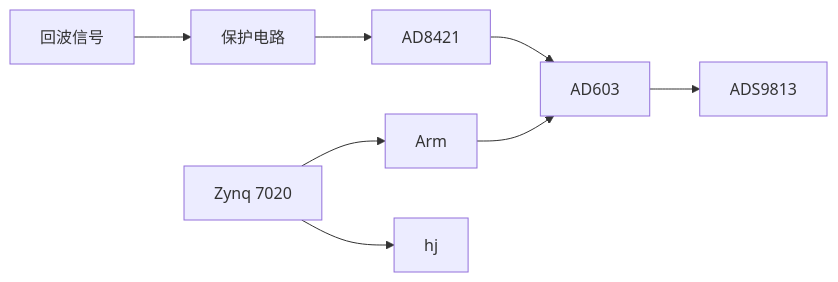
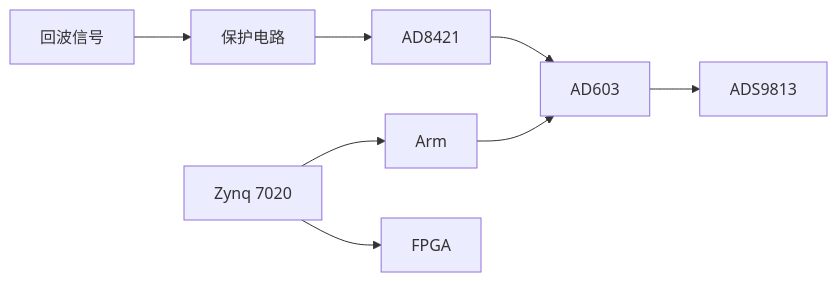
The diagram in all/多通道同步采集-1.md (Rukawa15/iodraw-files), drawn with Mermaid before and after one commit.

Commit message:
2025-06-18 23:23:13 update

````diff
--- a/all/多通道同步采集-1.md
+++ b/all/多通道同步采集-1.md
@@ -1,8 +1,8 @@
 ```mermaid
 graph LR
 A[回波信号] --> B[保护电路]
 B --> C[AD8421] -->D[AD603]
 E[Zynq 7020] --> G[Arm] --> D
 D --> F[ADS9813]
-E --> hj
+E --> H[FPGA]
 ```
````
